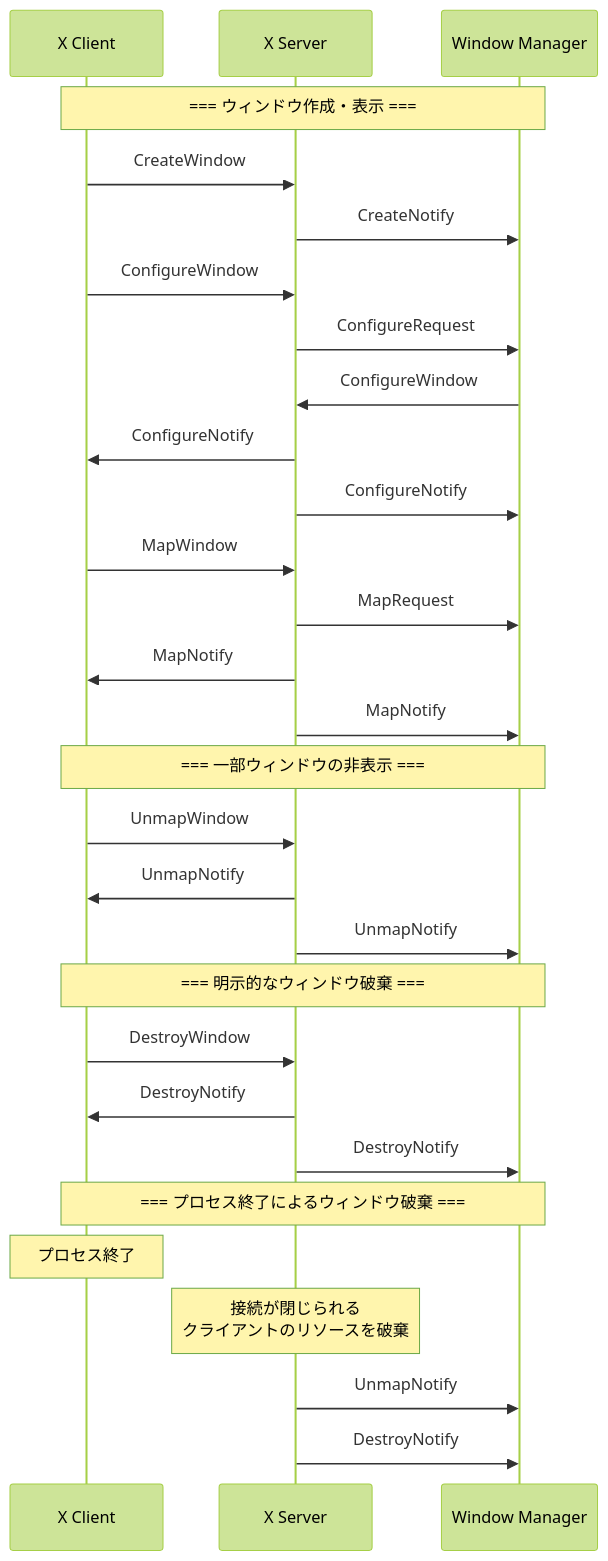
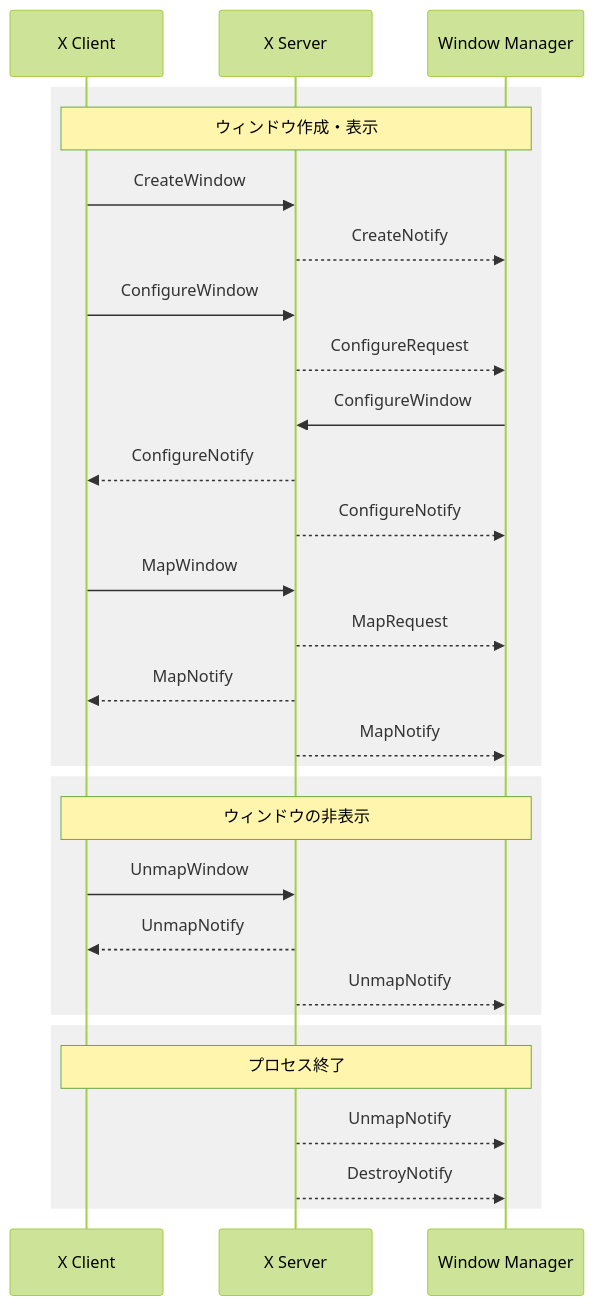
The second of 2 diagrams in src/data/blog/x11-window-lifecycle.md (d-matsui/d-matsui.github.io), drawn with Mermaid (forest theme) before and after one commit. The commit also changed other lines of this file and 4 other files, not shown here.

Commit message:
fix diagrams

````diff
--- a/src/data/blog/x11-window-lifecycle.md
+++ b/src/data/blog/x11-window-lifecycle.md
@@ -124,35 +108,34 @@
 ```mermaid
 sequenceDiagram
     participant Client as X Client
     participant Server as X Server
     participant WM as Window Manager
 
-    Note over Client,WM: === ウィンドウ作成・表示 ===
+    rect rgb(240, 240, 240)
+    Note over Client,WM: ウィンドウ作成・表示
     Client->>Server: CreateWindow
-    Server->>WM: CreateNotify
+    Server-->>WM: CreateNotify
     Client->>Server: ConfigureWindow
-    Server->>WM: ConfigureRequest
+    Server-->>WM: ConfigureRequest
     WM->>Server: ConfigureWindow
-    Server->>Client: ConfigureNotify
-    Server->>WM: ConfigureNotify
+    Server-->>Client: ConfigureNotify
+    Server-->>WM: ConfigureNotify
     Client->>Server: MapWindow
-    Server->>WM: MapRequest
-    Server->>Client: MapNotify
-    Server->>WM: MapNotify
+    Server-->>WM: MapRequest
+    Server-->>Client: MapNotify
+    Server-->>WM: MapNotify
+    end
 
-    Note over Client,WM: === 一部ウィンドウの非表示 ===
+    rect rgb(240, 240, 240)
+    Note over Client,WM: ウィンドウの非表示
     Client->>Server: UnmapWindow
-    Server->>Client: UnmapNotify
-    Server->>WM: UnmapNotify
+    Server-->>Client: UnmapNotify
+    Server-->>WM: UnmapNotify
+    end
 
-    Note over Client,WM: === 明示的なウィンドウ破棄 ===
-    Client->>Server: DestroyWindow
-    Server->>Client: DestroyNotify
-    Server->>WM: DestroyNotify
-
-    Note over Client,WM: === プロセス終了によるウィンドウ破棄 ===
-    Note over Client: プロセス終了
-    Note over Server: 接続が閉じられる<br/>クライアントのリソースを破棄
-    Server->>WM: UnmapNotify
-    Server->>WM: DestroyNotify
+    rect rgb(240, 240, 240)
+    Note over Client,WM: プロセス終了
+    Server-->>WM: UnmapNotify
+    Server-->>WM: DestroyNotify
+    end
 ```
````
